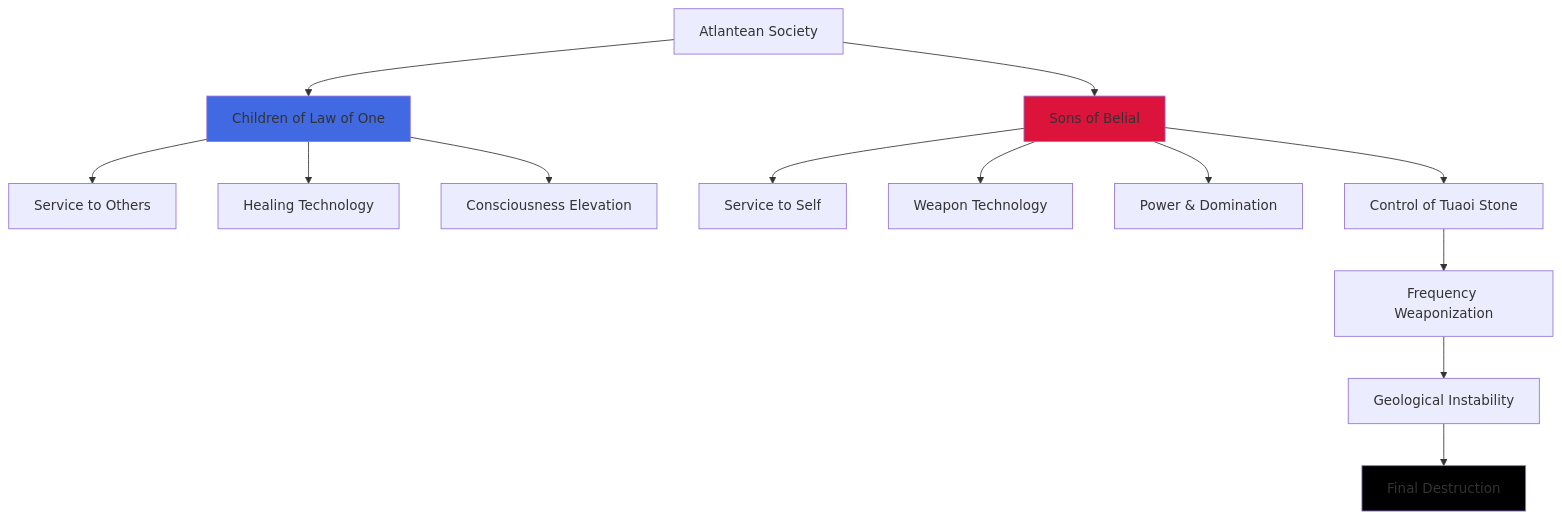
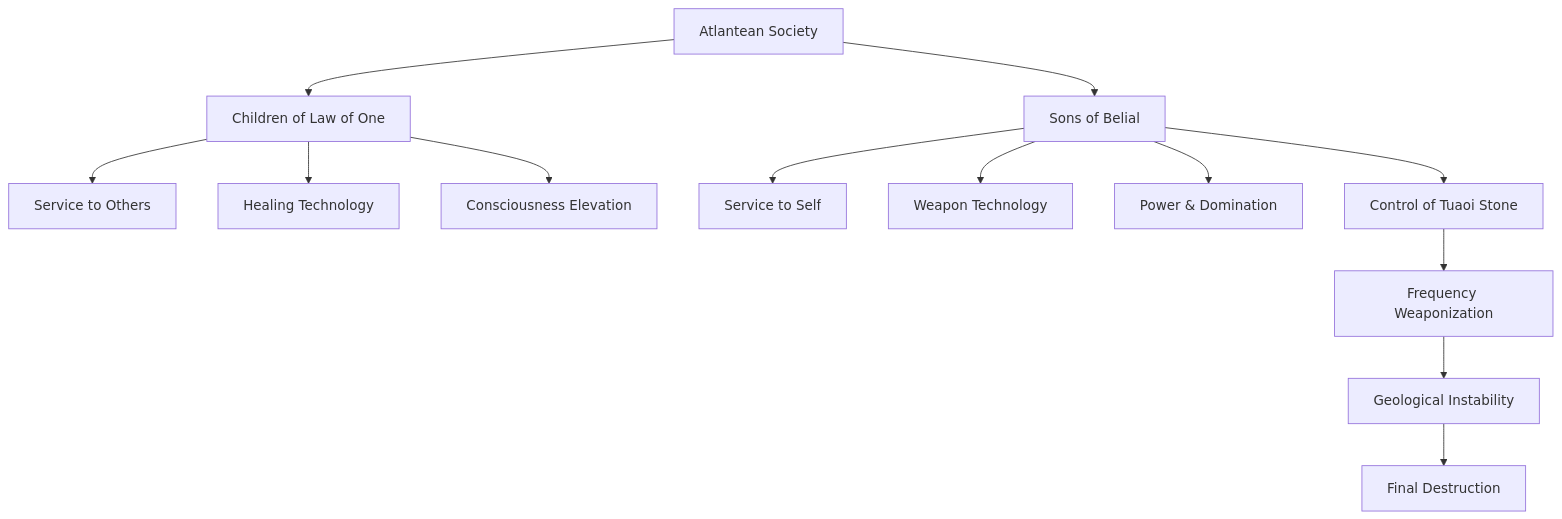
The third of 5 diagrams in esoterica/Atlantis.md (dyukahi/knowledge), drawn with Mermaid before and after one commit. The commit also changed other lines of this file, not shown here.

Commit message:
Fix: Remove custom colors from Mermaid diagrams in Atlantis

````diff
--- a/esoterica/Atlantis.md
+++ b/esoterica/Atlantis.md
@@ -163,22 +154,18 @@
 ```mermaid
 graph TD
     A[Atlantean Society] --> B[Children of Law of One]
     A --> C[Sons of Belial]
     
     B --> D[Service to Others]
     B --> E[Healing Technology]
     B --> F[Consciousness Elevation]
     
     C --> G[Service to Self]
     C --> H[Weapon Technology]
     C --> I[Power & Domination]
     
     C --> J[Control of Tuaoi Stone]
     J --> K[Frequency Weaponization]
     K --> L[Geological Instability]
     L --> M[Final Destruction]
-    
-    style B fill:#4169E1
-    style C fill:#DC143C
-    style M fill:#000000
 ```
````
